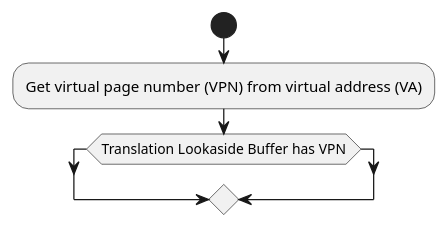
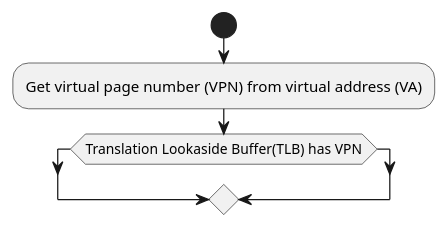
Before and after one commit to ashwinreddy/wiki: the second of 2 diagrams in Computer-Science/Translation lookaside buffer.md, drawn with PlantUML.

Commit message:
Updated Translation lookaside buffer.md (markdown)

```diff
--- a/Computer-Science/Translation lookaside buffer.md
+++ b/Computer-Science/Translation lookaside buffer.md
@@ -24,6 +24,6 @@
 @startuml
 start
 :Get virtual page number (VPN) from virtual address (VA);
-if (Translation Lookaside Buffer has VPN)
+if (Translation Lookaside Buffer(TLB) has VPN)
 endif
 @enduml
```
